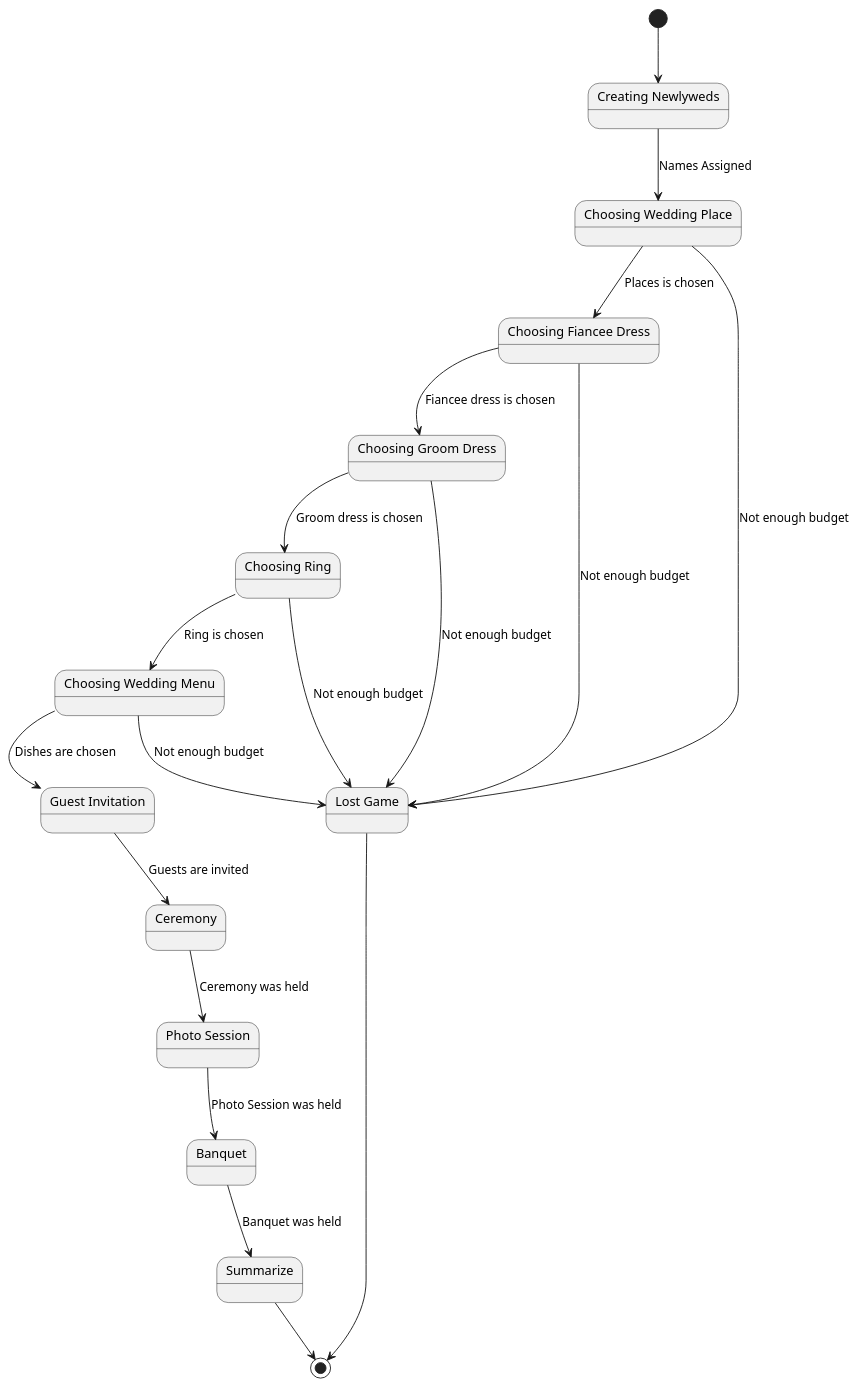
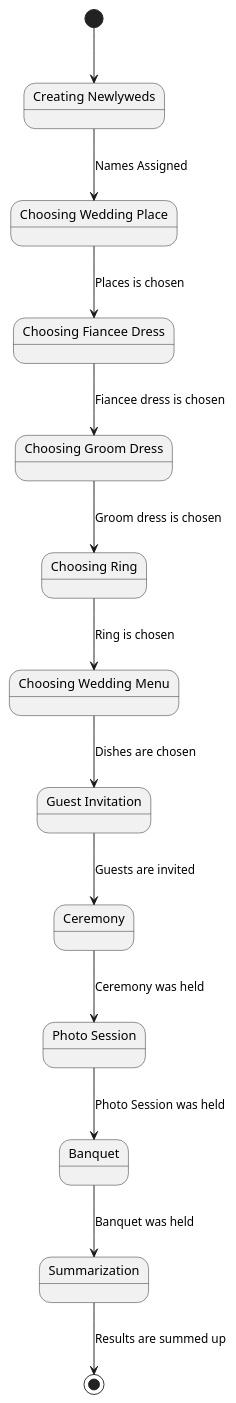
Before and after one commit to aChainsmoker/PPOIS_Labs: the diagram in Lab1/Diagrams/StatesDiagram.puml, drawn with PlantUML. The commit also changed 264 other files, not shown here.

```diff
--- a/Lab1/Diagrams/StatesDiagram.puml
+++ b/Lab1/Diagrams/StatesDiagram.puml
@@ -1,38 +1,28 @@
 @startuml
 state "Creating Newlyweds" as CreatingNewlywedState
 state "Choosing Wedding Place" as ChoosingWeddingPlaceState
 state "Choosing Fiancee Dress" as ChoosingFianceeDressState
 state "Choosing Groom Dress" as ChoosingGroomDressState
 state "Choosing Ring" as ChoosingRingState
 state "Choosing Wedding Menu" as ChoosingWeddingMenuState
 state "Guest Invitation" as GuestInvitationState
 state "Ceremony" as CeremonyState
 state "Photo Session" as PhotoSessionState
 state "Banquet" as BanquetState
-state "Summarize" as SummarizeState
-state "Lost Game" as LostGameState
+state "Summarization" as SummarizeState
 
 [*] --> CreatingNewlywedState
 
 CreatingNewlywedState --> ChoosingWeddingPlaceState : Names Assigned
 ChoosingWeddingPlaceState --> ChoosingFianceeDressState : Places is chosen
 ChoosingFianceeDressState --> ChoosingGroomDressState : Fiancee dress is chosen
 ChoosingGroomDressState --> ChoosingRingState : Groom dress is chosen
 ChoosingRingState --> ChoosingWeddingMenuState : Ring is chosen
 ChoosingWeddingMenuState --> GuestInvitationState : Dishes are chosen
 GuestInvitationState --> CeremonyState : Guests are invited
 CeremonyState --> PhotoSessionState : Ceremony was held
 PhotoSessionState --> BanquetState : Photo Session was held
 BanquetState --> SummarizeState : Banquet was held
 
-state "Lost Game" as LostGameState
-ChoosingFianceeDressState --> LostGameState : Not enough budget
-ChoosingGroomDressState --> LostGameState : Not enough budget
-ChoosingRingState --> LostGameState : Not enough budget
-ChoosingWeddingMenuState --> LostGameState : Not enough budget
-ChoosingWeddingPlaceState --> LostGameState : Not enough budget
-
-LostGameState --> [*]
-
-SummarizeState --> [*]
+SummarizeState --> [*] : Results are summed up
 @enduml
```
